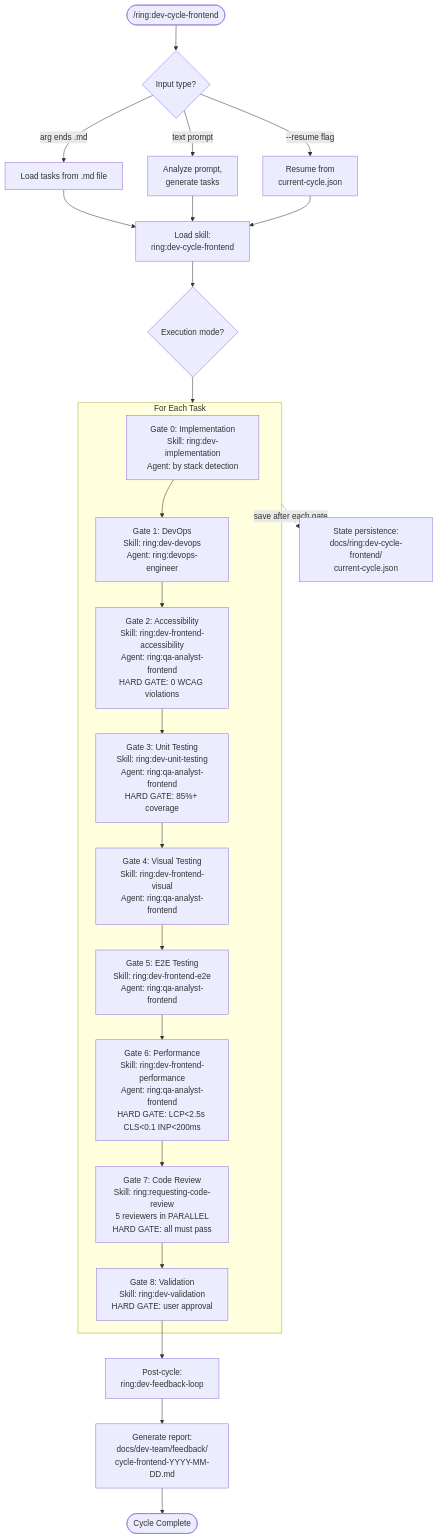
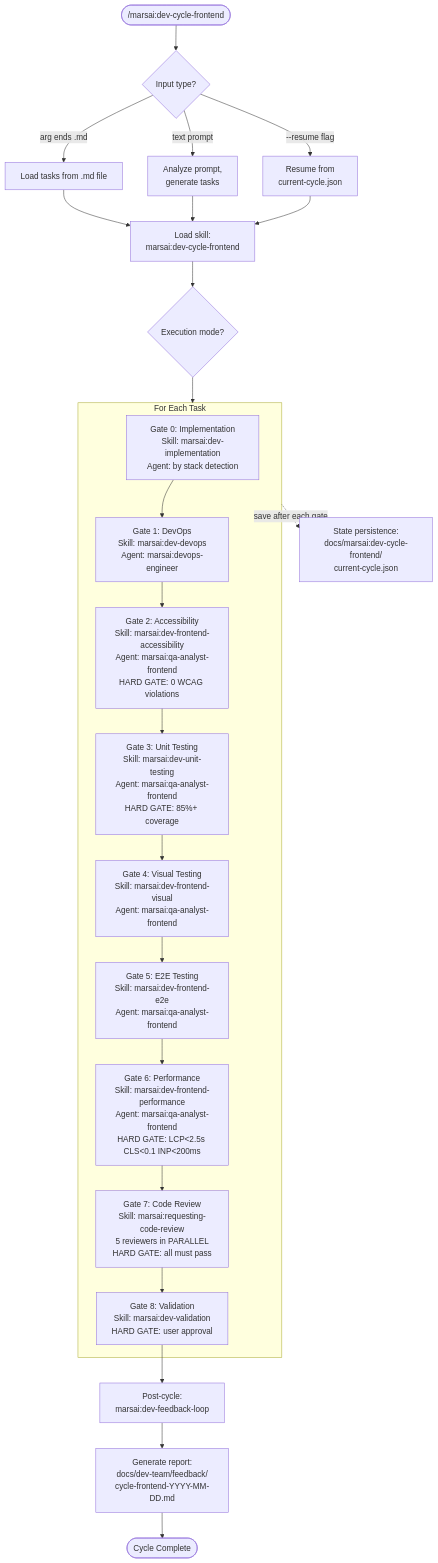
One commit to rodrigodh/ring changed diagram 14 of 21 in dev-team/docs/dependency-diagrams.md. Above: the diagram before and after it, drawn with Mermaid. The commit also changed other lines of this file and 203 other files, not shown here.

````diff
--- a/dev-team/docs/dependency-diagrams.md
+++ b/dev-team/docs/dependency-diagrams.md
@@ -656,46 +656,46 @@
 ```mermaid
 flowchart TD
-    start(["/ring:dev-cycle-frontend"])
+    start(["/marsai:dev-cycle-frontend"])
 
     parse{"Input type?"}
     loadFile["Load tasks from .md file"]
     parsePrompt["Analyze prompt,<br/>generate tasks"]
     resumeState["Resume from<br/>current-cycle.json"]
 
-    loadSkill["Load skill:<br/>ring:dev-cycle-frontend"]
+    loadSkill["Load skill:<br/>marsai:dev-cycle-frontend"]
 
     askMode{"Execution mode?"}
 
     start --> parse
     parse -->|"arg ends .md"| loadFile
     parse -->|"text prompt"| parsePrompt
     parse -->|"--resume flag"| resumeState
     loadFile --> loadSkill
     parsePrompt --> loadSkill
     resumeState --> loadSkill
     loadSkill --> askMode
 
     subgraph PerTask["For Each Task"]
-        g0["Gate 0: Implementation<br/>Skill: ring:dev-implementation<br/>Agent: by stack detection"]
-        g1["Gate 1: DevOps<br/>Skill: ring:dev-devops<br/>Agent: ring:devops-engineer"]
-        g2["Gate 2: Accessibility<br/>Skill: ring:dev-frontend-accessibility<br/>Agent: ring:qa-analyst-frontend<br/>HARD GATE: 0 WCAG violations"]
-        g3["Gate 3: Unit Testing<br/>Skill: ring:dev-unit-testing<br/>Agent: ring:qa-analyst-frontend<br/>HARD GATE: 85%+ coverage"]
-        g4["Gate 4: Visual Testing<br/>Skill: ring:dev-frontend-visual<br/>Agent: ring:qa-analyst-frontend"]
-        g5["Gate 5: E2E Testing<br/>Skill: ring:dev-frontend-e2e<br/>Agent: ring:qa-analyst-frontend"]
-        g6["Gate 6: Performance<br/>Skill: ring:dev-frontend-performance<br/>Agent: ring:qa-analyst-frontend<br/>HARD GATE: LCP<2.5s CLS<0.1 INP<200ms"]
-        g7["Gate 7: Code Review<br/>Skill: ring:requesting-code-review<br/>5 reviewers in PARALLEL<br/>HARD GATE: all must pass"]
-        g8["Gate 8: Validation<br/>Skill: ring:dev-validation<br/>HARD GATE: user approval"]
+        g0["Gate 0: Implementation<br/>Skill: marsai:dev-implementation<br/>Agent: by stack detection"]
+        g1["Gate 1: DevOps<br/>Skill: marsai:dev-devops<br/>Agent: marsai:devops-engineer"]
+        g2["Gate 2: Accessibility<br/>Skill: marsai:dev-frontend-accessibility<br/>Agent: marsai:qa-analyst-frontend<br/>HARD GATE: 0 WCAG violations"]
+        g3["Gate 3: Unit Testing<br/>Skill: marsai:dev-unit-testing<br/>Agent: marsai:qa-analyst-frontend<br/>HARD GATE: 85%+ coverage"]
+        g4["Gate 4: Visual Testing<br/>Skill: marsai:dev-frontend-visual<br/>Agent: marsai:qa-analyst-frontend"]
+        g5["Gate 5: E2E Testing<br/>Skill: marsai:dev-frontend-e2e<br/>Agent: marsai:qa-analyst-frontend"]
+        g6["Gate 6: Performance<br/>Skill: marsai:dev-frontend-performance<br/>Agent: marsai:qa-analyst-frontend<br/>HARD GATE: LCP<2.5s CLS<0.1 INP<200ms"]
+        g7["Gate 7: Code Review<br/>Skill: marsai:requesting-code-review<br/>5 reviewers in PARALLEL<br/>HARD GATE: all must pass"]
+        g8["Gate 8: Validation<br/>Skill: marsai:dev-validation<br/>HARD GATE: user approval"]
 
         g0 --> g1 --> g2 --> g3 --> g4
         g4 --> g5 --> g6 --> g7 --> g8
     end
 
     askMode --> PerTask
 
-    g8 --> feedback["Post-cycle:<br/>ring:dev-feedback-loop"]
+    g8 --> feedback["Post-cycle:<br/>marsai:dev-feedback-loop"]
     feedback --> report["Generate report:<br/>docs/dev-team/feedback/<br/>cycle-frontend-YYYY-MM-DD.md"]
     report --> done([Cycle Complete])
 
-    state["State persistence:<br/>docs/ring:dev-cycle-frontend/<br/>current-cycle.json"]
+    state["State persistence:<br/>docs/marsai:dev-cycle-frontend/<br/>current-cycle.json"]
     PerTask -.->|"save after each gate"| state
 ```
````
